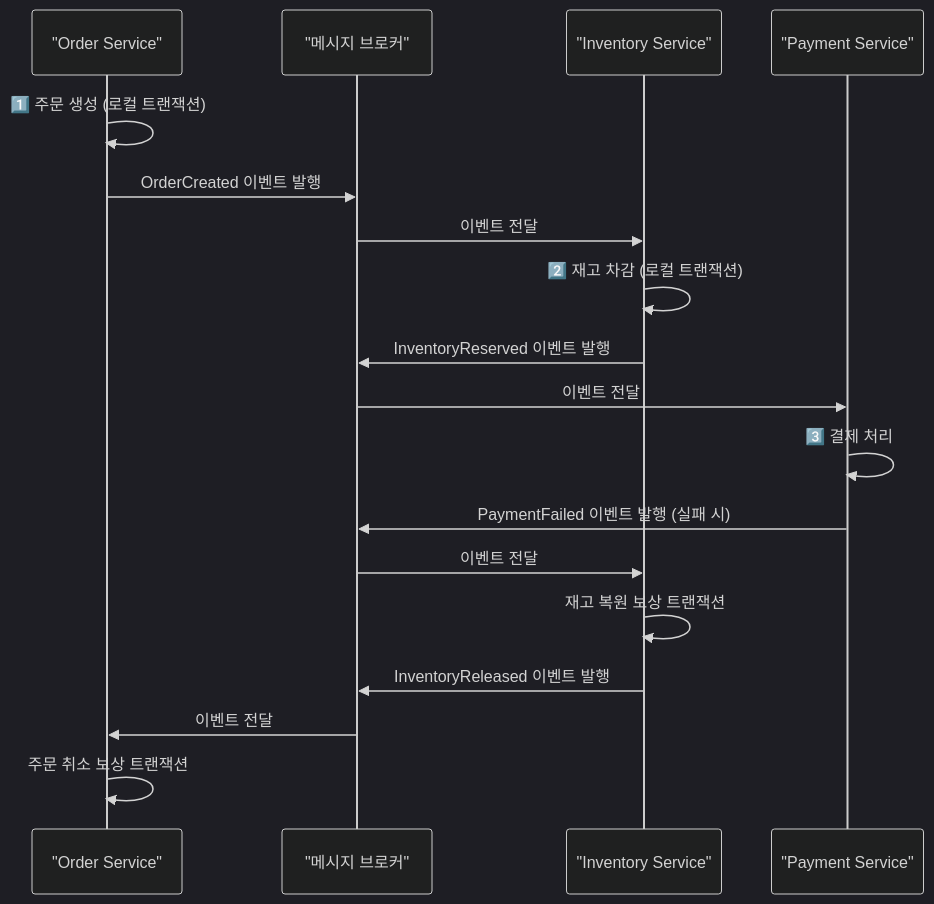
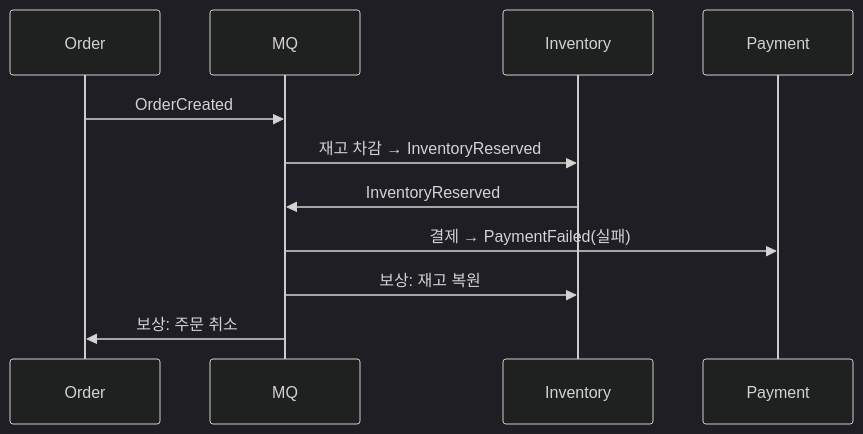
Before and after one commit to yjkim2015/yjkim2015.github.io: the fourth of 8 diagrams in _posts/spring/2026-05-01-distributed-transaction.md, drawn with Mermaid (dark theme). The commit also changed other lines of this file and 215 other files, not shown here.

First line of the commit message:
신규 포스트 10개 추가 + Mermaid 전면 축소 + SystemDesign 시리즈 보강

````diff
--- a/_posts/spring/2026-05-01-distributed-transaction.md
+++ b/_posts/spring/2026-05-01-distributed-transaction.md
@@ -121,21 +115,13 @@
 ```mermaid
 sequenceDiagram
-    participant OS as "Order Service"
-    participant MQ as "메시지 브로커"
-    participant IS as "Inventory Service"
-    participant PS as "Payment Service"
-
-    OS->>OS: 1️⃣ 주문 생성 (로컬 트랜잭션)
-    OS->>MQ: OrderCreated 이벤트 발행
-    MQ->>IS: 이벤트 전달
-    IS->>IS: 2️⃣ 재고 차감 (로컬 트랜잭션)
-    IS->>MQ: InventoryReserved 이벤트 발행
-    MQ->>PS: 이벤트 전달
-    PS->>PS: 3️⃣ 결제 처리
-    PS->>MQ: PaymentFailed 이벤트 발행 (실패 시)
-    MQ->>IS: 이벤트 전달
-    IS->>IS: 재고 복원 보상 트랜잭션
-    IS->>MQ: InventoryReleased 이벤트 발행
-    MQ->>OS: 이벤트 전달
-    OS->>OS: 주문 취소 보상 트랜잭션
+    participant OS as Order
+    participant MQ as MQ
+    participant IS as Inventory
+    participant PS as Payment
+    OS->>MQ: OrderCreated
+    MQ->>IS: 재고 차감 → InventoryReserved
+    IS->>MQ: InventoryReserved
+    MQ->>PS: 결제 → PaymentFailed(실패)
+    MQ->>IS: 보상: 재고 복원
+    MQ->>OS: 보상: 주문 취소
 ```
````
